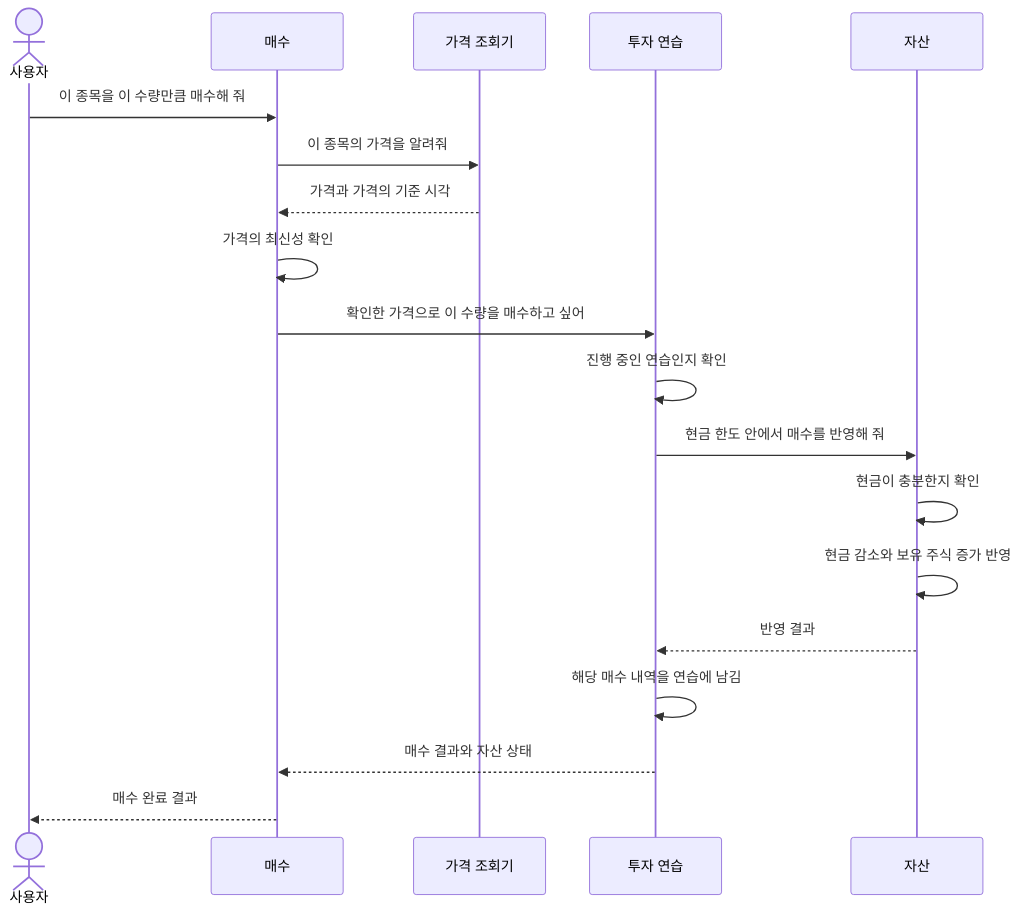
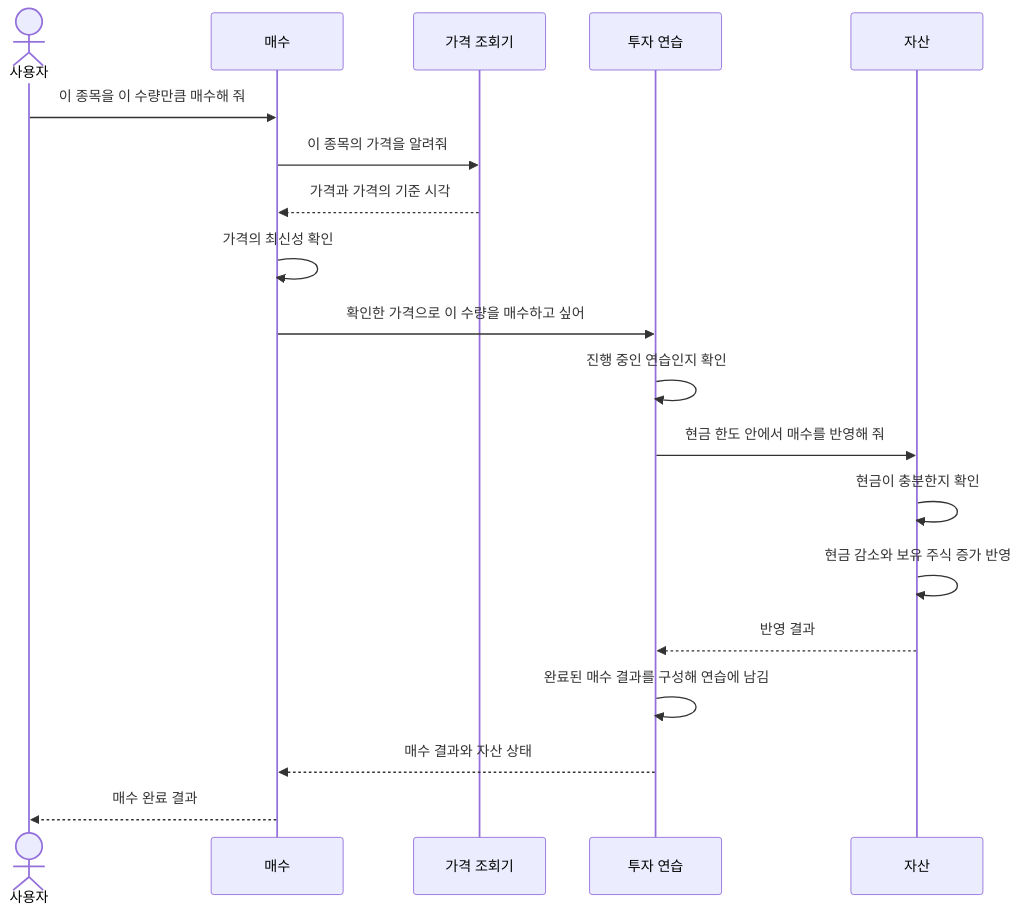
One commit to PhilPark-geosr/stock-agent changed the diagram in design/paper_trading_buy_sequence.md. Above: the diagram before and after it, drawn with Mermaid. The commit also changed other lines of this file and 4 other files, not shown here.

````diff
--- a/design/paper_trading_buy_sequence.md
+++ b/design/paper_trading_buy_sequence.md
@@ -19,25 +19,25 @@
 ```mermaid
 sequenceDiagram
     actor 사용자
     participant 매수
     participant 가격조회기 as 가격 조회기
     participant 투자연습 as 투자 연습
     participant 자산
 
     사용자->>매수: 이 종목을 이 수량만큼 매수해 줘
     매수->>가격조회기: 이 종목의 가격을 알려줘
     가격조회기-->>매수: 가격과 가격의 기준 시각
     매수->>매수: 가격의 최신성 확인
 
     매수->>투자연습: 확인한 가격으로 이 수량을 매수하고 싶어
     투자연습->>투자연습: 진행 중인 연습인지 확인
     투자연습->>자산: 현금 한도 안에서 매수를 반영해 줘
 
     자산->>자산: 현금이 충분한지 확인
     자산->>자산: 현금 감소와 보유 주식 증가 반영
     자산-->>투자연습: 반영 결과
 
-    투자연습->>투자연습: 해당 매수 내역을 연습에 남김
+    투자연습->>투자연습: 완료된 매수 결과를 구성해 연습에 남김
     투자연습-->>매수: 매수 결과와 자산 상태
     매수-->>사용자: 매수 완료 결과
 ```
````
